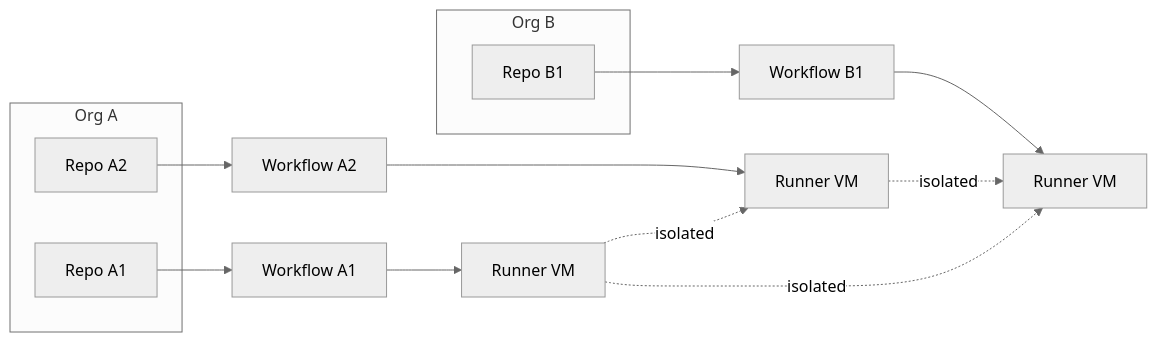
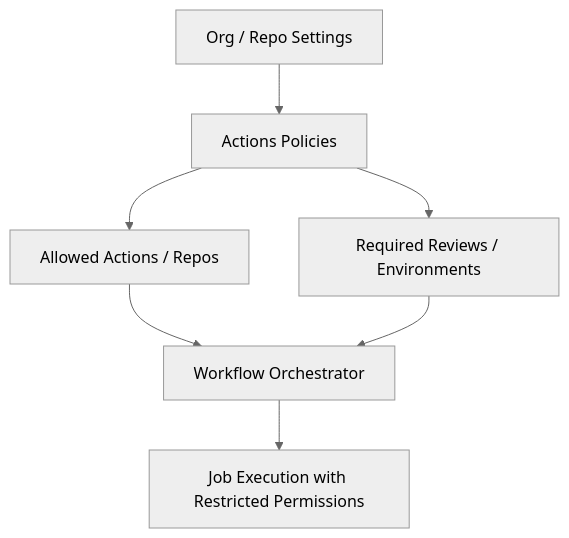
One commit to VishuKalier2003/System-Design-Components changed the sixth of 21 diagrams in Composite/S02-CompositeBuildGraph/case-studies/GitHub-Actions.md. Above: the diagram before and after it, drawn with Mermaid (neutral theme). The commit also changed other lines of this file, not shown here.

````diff
--- a/Composite/S02-CompositeBuildGraph/case-studies/GitHub-Actions.md
+++ b/Composite/S02-CompositeBuildGraph/case-studies/GitHub-Actions.md
@@ -207,22 +209,9 @@
 ```mermaid
-flowchart LR
-    subgraph Org A
-        RA1[Repo A1]
-        RA2[Repo A2]
-    end
-    subgraph Org B
-        RB1[Repo B1]
-    end
-
-    RA1 --> WA[Workflow A1]
-    RA2 --> WB[Workflow A2]
-    RB1 --> WC[Workflow B1]
-
-    WA --> R1[Runner VM]
-    WB --> R2[Runner VM]
-    WC --> R3[Runner VM]
-
-    R1 -.isolated.-> R2
-    R2 -.isolated.-> R3
-    R1 -.isolated.-> R3
+flowchart TD
+    A[Org / Repo Settings] --> B[Actions Policies]
+    B --> C[Allowed Actions / Repos]
+    B --> D[Required Reviews / Environments]
+    C --> E[Workflow Orchestrator]
+    D --> E
+    E --> F[Job Execution with Restricted Permissions]
 ```
````
